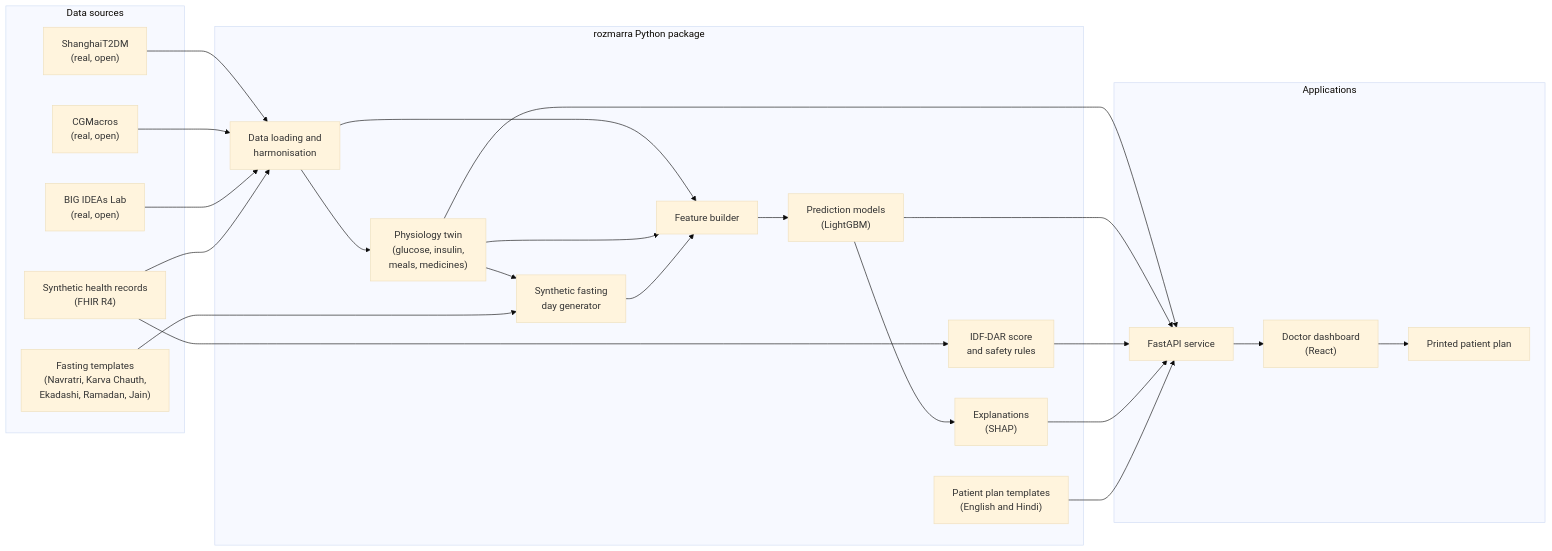
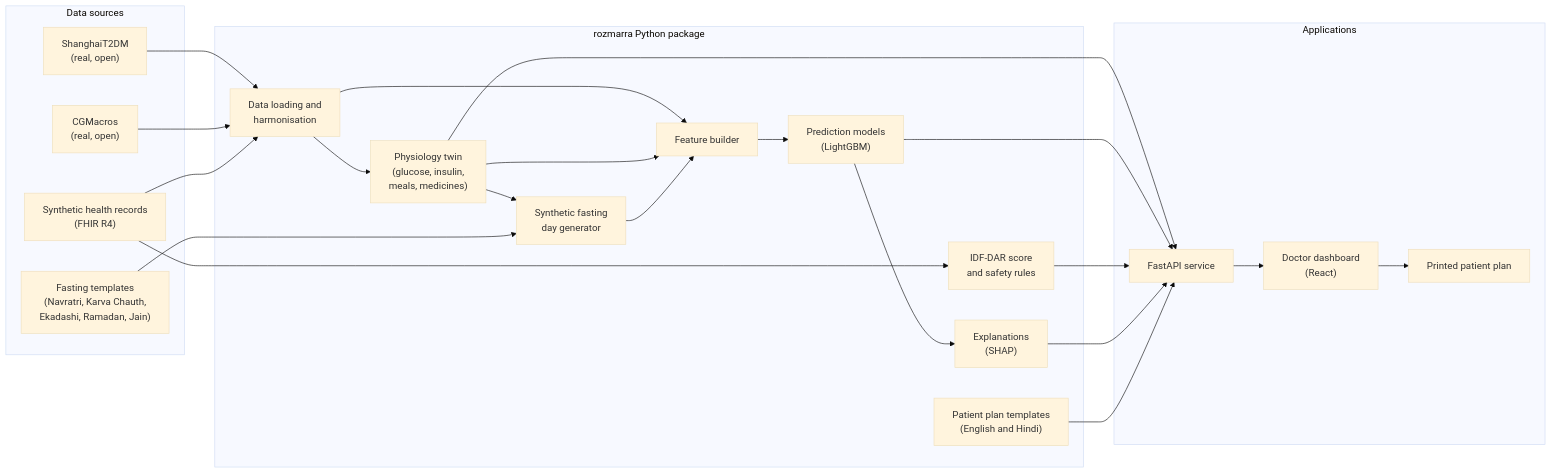
The diagram in docs/techstack.md (lucifer-135/Rozmarra), drawn with Mermaid (base theme) before and after one commit. The commit also changed other lines of this file and 6 other files, not shown here.

Commit message:
Remove the unused BIG IDEAs Lab dataset from the code and documents

````diff
--- a/docs/techstack.md
+++ b/docs/techstack.md
@@ -54,45 +54,43 @@
 ```mermaid
 flowchart LR
   subgraph Sources["Data sources"]
     S1["ShanghaiT2DM<br/>(real, open)"]
     S2["CGMacros<br/>(real, open)"]
-    S3["BIG IDEAs Lab<br/>(real, open)"]
     S4["Synthetic health records<br/>(FHIR R4)"]
     S5["Fasting templates<br/>(Navratri, Karva Chauth,<br/>Ekadashi, Ramadan, Jain)"]
   end
   subgraph Core["rozmarra Python package"]
     A["Data loading and<br/>harmonisation"]
     B["Physiology twin<br/>(glucose, insulin,<br/>meals, medicines)"]
     C["Synthetic fasting<br/>day generator"]
     D["Feature builder"]
     E["Prediction models<br/>(LightGBM)"]
     F["IDF-DAR score<br/>and safety rules"]
     G["Explanations<br/>(SHAP)"]
     H["Patient plan templates<br/>(English and Hindi)"]
   end
   subgraph Apps["Applications"]
     API["FastAPI service"]
     UI["Doctor dashboard<br/>(React)"]
     P["Printed patient plan"]
   end
   S1 --> A
   S2 --> A
-  S3 --> A
   S4 --> A
   A --> B
   B --> C
   S5 --> C
   A --> D
   B --> D
   C --> D
   D --> E
   E --> G
   S4 --> F
   B --> API
   E --> API
   F --> API
   G --> API
   H --> API
   API --> UI
   UI --> P
 ```
````
